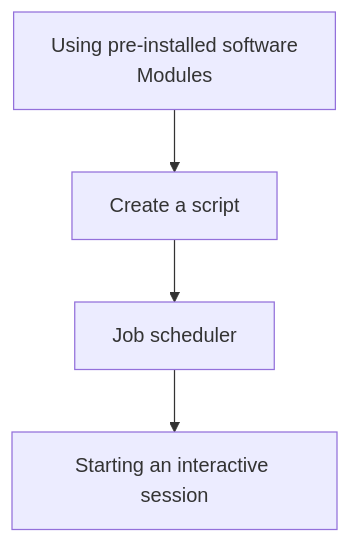
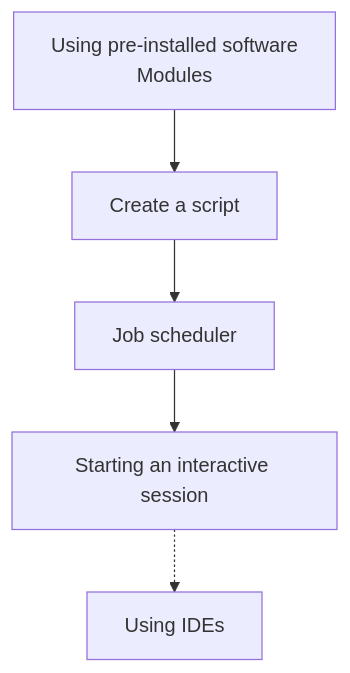
The diagram in docs/sessions/introduction_real_work.md (UPPMAX/uppmax_intro_day_1), drawn with Mermaid before and after one commit. The commit also changed other lines of this file and 2 other files, not shown here.

Commit message:
IDEs is at real work

````diff
--- a/docs/sessions/introduction_real_work.md
+++ b/docs/sessions/introduction_real_work.md
@@ -9,11 +9,13 @@
 ```mermaid
 flowchart TD
   scripts[Create a script]
   modules[Using pre-installed software\nModules]
   interactive[Starting an interactive session]
   job_scheduler[Job scheduler]
+  ides[Using IDEs]
 
   scripts --> job_scheduler
   modules --> scripts
   job_scheduler --> interactive
+  interactive -.-> ides
 ```
````
